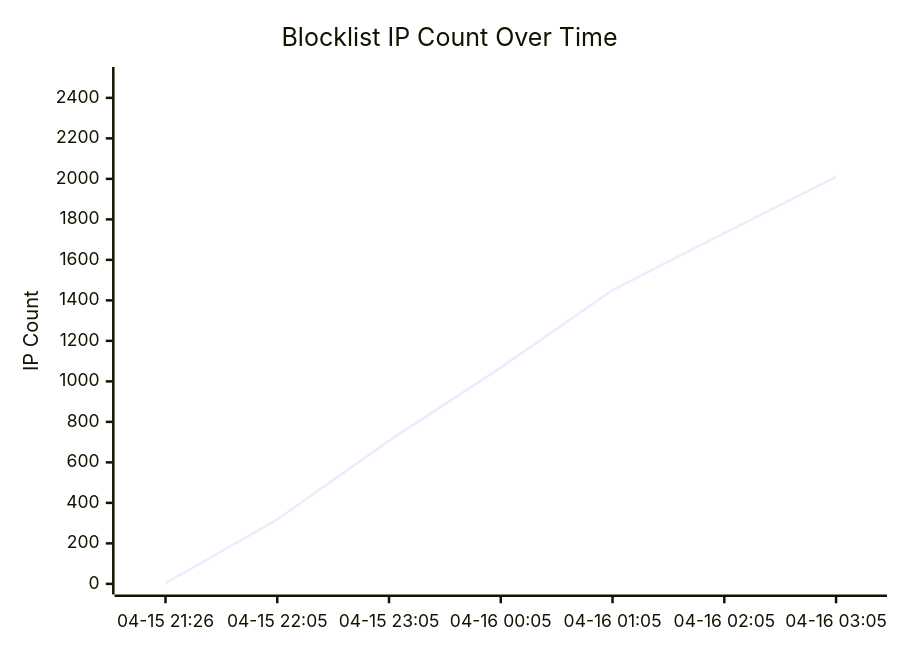
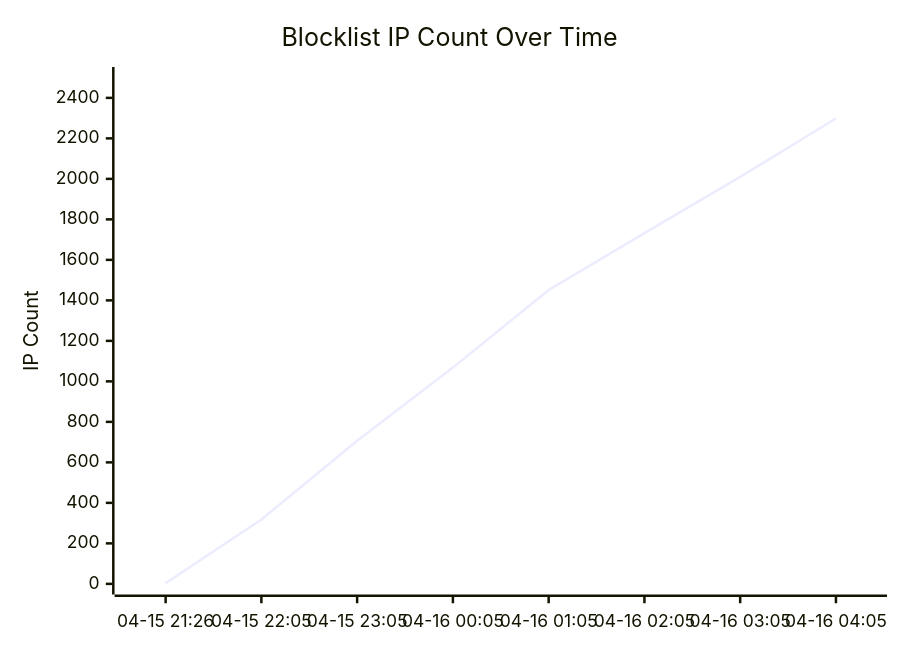
Before and after one commit to cercatrova21/blocklist: the diagram in README.md, drawn with Mermaid. The commit also changed other lines of this file and 2 other files, not shown here.

Commit message:
Update blocklist – 2026-04-16 04:05

````diff
--- a/README.md
+++ b/README.md
@@ -115,7 +115,7 @@
 ```mermaid
 xychart-beta
     title "Blocklist IP Count Over Time"
-    x-axis ["04-15 21:26", "04-15 22:05", "04-15 23:05", "04-16 00:05", "04-16 01:05", "04-16 02:05", "04-16 03:05"]
+    x-axis ["04-15 21:26", "04-15 22:05", "04-15 23:05", "04-16 00:05", "04-16 01:05", "04-16 02:05", "04-16 03:05", "04-16 04:05"]
     y-axis "IP Count" 0 --> 2500
-    line [3, 318, 707, 1068, 1451, 1732, 2010]
+    line [3, 318, 707, 1068, 1451, 1732, 2010, 2298]
 ```
````
